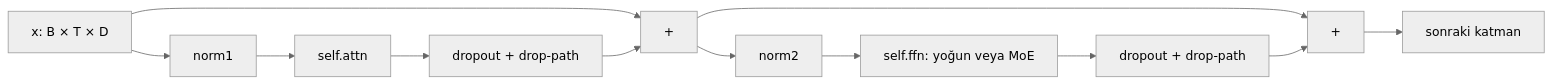
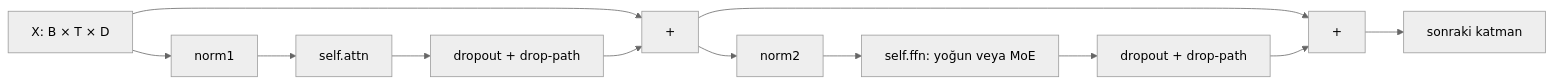
The diagram in docs/book/tr/05-transformer.md (myylogic/cevahir-ai), drawn with Mermaid (neutral theme) before and after one commit. The commit also changed other lines of this file and 31 other files, not shown here.

````diff
--- a/docs/book/tr/05-transformer.md
+++ b/docs/book/tr/05-transformer.md
@@ -19,14 +60,14 @@
 ```mermaid
 flowchart LR
-    X["x: B × T × D"] --> N1["norm1"]
+    X["X: B × T × D"] --> N1["norm1"]
     N1 --> A["self.attn"]
     A --> R1["dropout + drop-path"]
     X --> P1["+"]
     R1 --> P1
     P1 --> N2["norm2"]
     N2 --> F["self.ffn: yoğun veya MoE"]
     F --> R2["dropout + drop-path"]
     P1 --> P2["+"]
     R2 --> P2
     P2 --> Y["sonraki katman"]
 ```
````
